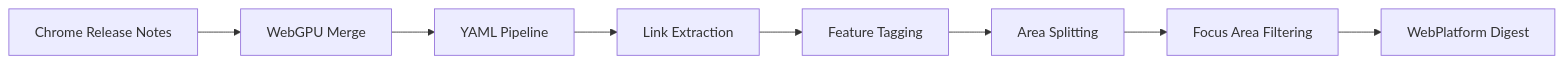
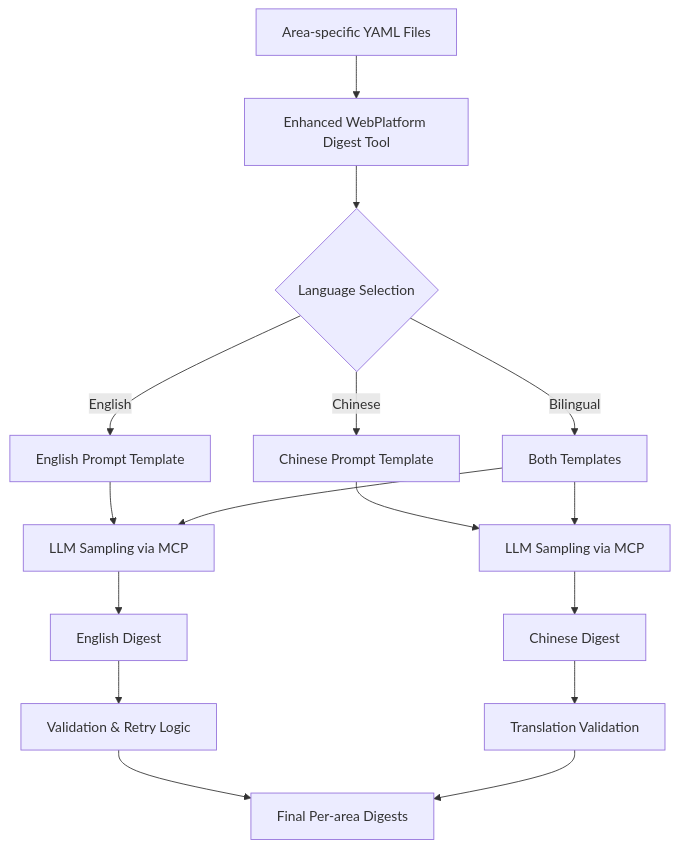
One commit to novac42/chrome-update-digest changed the fourth of 5 diagrams in project_docs/tech_docs/technical-overview.md. Above: the diagram before and after it, drawn with Mermaid. The commit also changed other lines of this file and 68 other files, not shown here.

````diff
--- a/project_docs/tech_docs/technical-overview.md
+++ b/project_docs/tech_docs/technical-overview.md
@@ -110,10 +189,18 @@
 ```mermaid
-graph LR
-    A[Chrome Release Notes] --> B[WebGPU Merge]
-    B --> C[YAML Pipeline]
-    C --> D[Link Extraction]
-    D --> E[Feature Tagging]
-    E --> F[Area Splitting]
-    F --> G[Focus Area Filtering]
-    G --> H[WebPlatform Digest]
+graph TD
+    A[Area-specific YAML Files] --> B[Enhanced WebPlatform Digest Tool]
+    B --> C{Language Selection}
+    C -->|English| D[English Prompt Template]
+    C -->|Chinese| E[Chinese Prompt Template]
+    C -->|Bilingual| F[Both Templates]
+    D --> G[LLM Sampling via MCP]
+    E --> H[LLM Sampling via MCP]
+    F --> G
+    F --> H
+    G --> I[English Digest]
+    H --> J[Chinese Digest]
+    I --> K[Validation & Retry Logic]
+    J --> L[Translation Validation]
+    K --> M[Final Per-area Digests]
+    L --> M
 ```
````
